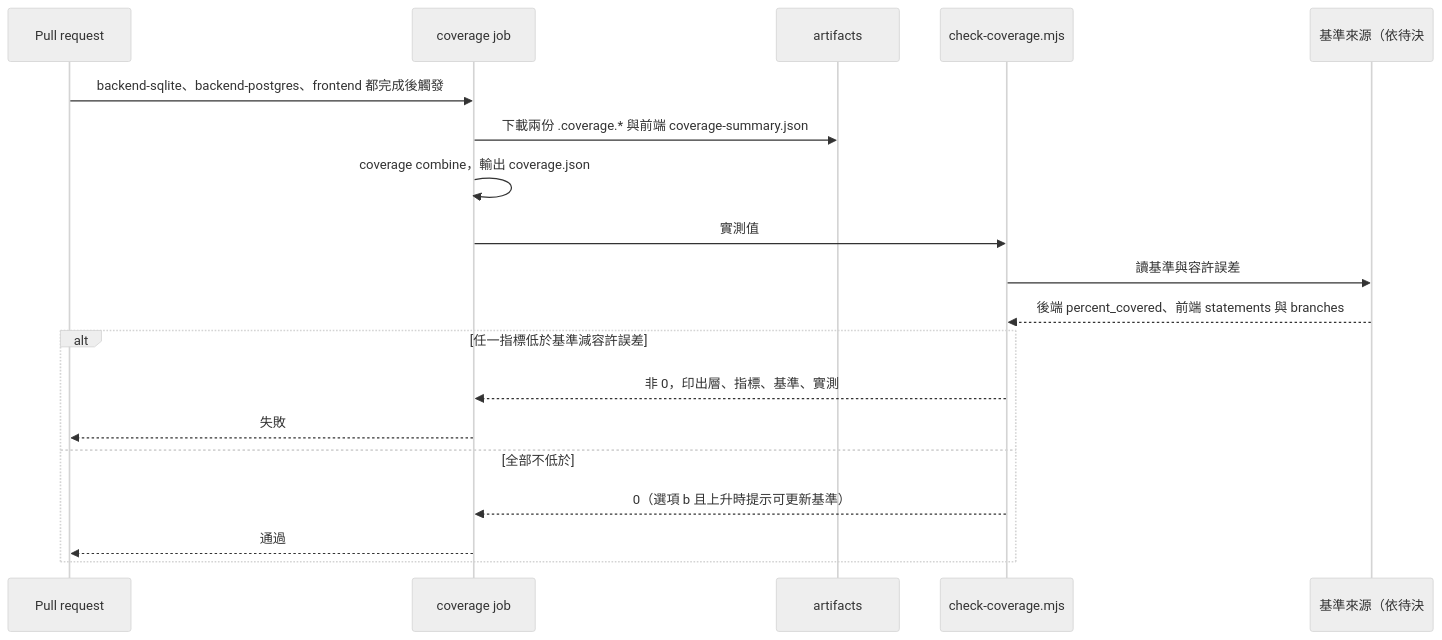
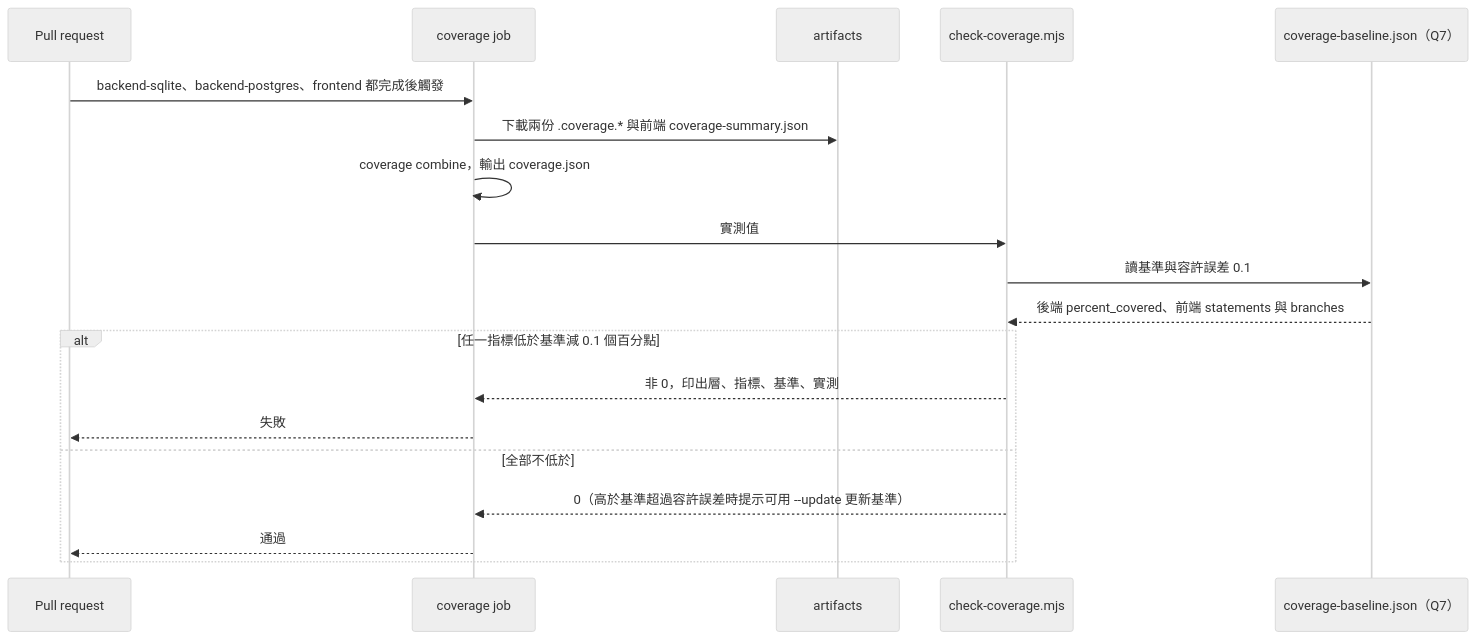
The ninth of 13 diagrams in openspec/changes/infra-compose-e2e-ci/system-design.md (label-suite/label-suite), drawn with Mermaid (neutral theme) before and after one commit. The commit also changed other lines of this file, not shown here.

````diff
--- a/openspec/changes/infra-compose-e2e-ci/system-design.md
+++ b/openspec/changes/infra-compose-e2e-ci/system-design.md
@@ -483,21 +490,21 @@
 ```mermaid
 sequenceDiagram
   participant PR as Pull request
   participant Job as coverage job
   participant Art as artifacts
   participant Cmp as check-coverage.mjs
-  participant Base as 基準來源（依待決 #7）
+  participant Base as coverage-baseline.json（Q7）
   PR->>Job: backend-sqlite、backend-postgres、frontend 都完成後觸發
   Job->>Art: 下載兩份 .coverage.* 與前端 coverage-summary.json
   Job->>Job: coverage combine，輸出 coverage.json
   Job->>Cmp: 實測值
-  Cmp->>Base: 讀基準與容許誤差
+  Cmp->>Base: 讀基準與容許誤差 0.1
   Base-->>Cmp: 後端 percent_covered、前端 statements 與 branches
-  alt 任一指標低於基準減容許誤差
+  alt 任一指標低於基準減 0.1 個百分點
     Cmp-->>Job: 非 0，印出層、指標、基準、實測
     Job-->>PR: 失敗
   else 全部不低於
-    Cmp-->>Job: 0（選項 b 且上升時提示可更新基準）
+    Cmp-->>Job: 0（高於基準超過容許誤差時提示可用 --update 更新基準）
     Job-->>PR: 通過
   end
 ```
````
